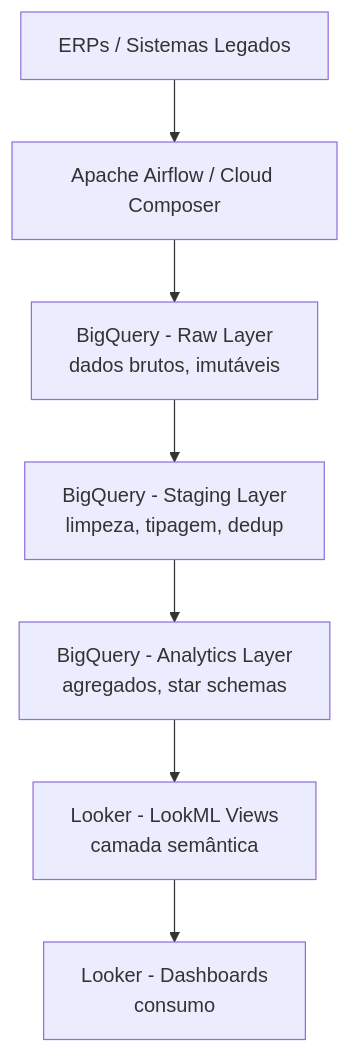
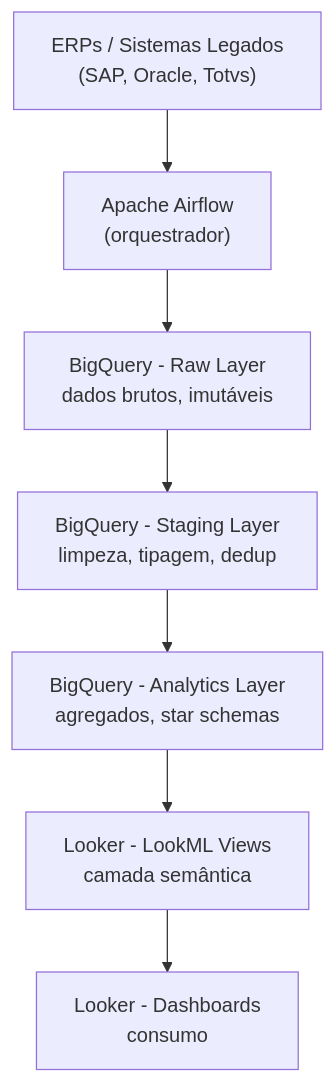
Before and after one commit to wendelmax/curso-ti-controladoria: the diagram in app/docs/03-looker/04-integracao-bigquery.md, drawn with Mermaid. The commit also changed other lines of this file and 44 other files, not shown here.

````diff
--- a/app/docs/03-looker/04-integracao-bigquery.md
+++ b/app/docs/03-looker/04-integracao-bigquery.md
@@ -378,12 +392,12 @@
 ```mermaid
 flowchart TD
-    SRC[ERPs / Sistemas Legados]
-    ORCH[Apache Airflow / Cloud Composer]
-    RAW[BigQuery - Raw Layer<br/>dados brutos, imutáveis]
-    STG[BigQuery - Staging Layer<br/>limpeza, tipagem, dedup]
-    ANA[BigQuery - Analytics Layer<br/>agregados, star schemas]
-    LKML[Looker - LookML Views<br/>camada semântica]
-    DSH[Looker - Dashboards<br/>consumo]
+    SRC["ERPs / Sistemas Legados<br/>(SAP, Oracle, Totvs)"]
+    ORCH["Apache Airflow<br/>(orquestrador)"]
+    RAW["BigQuery - Raw Layer<br/>dados brutos, imutáveis"]
+    STG["BigQuery - Staging Layer<br/>limpeza, tipagem, dedup"]
+    ANA["BigQuery - Analytics Layer<br/>agregados, star schemas"]
+    LKML["Looker - LookML Views<br/>camada semântica"]
+    DSH["Looker - Dashboards<br/>consumo"]
 
     SRC --> ORCH --> RAW --> STG --> ANA --> LKML --> DSH
 ```
````
